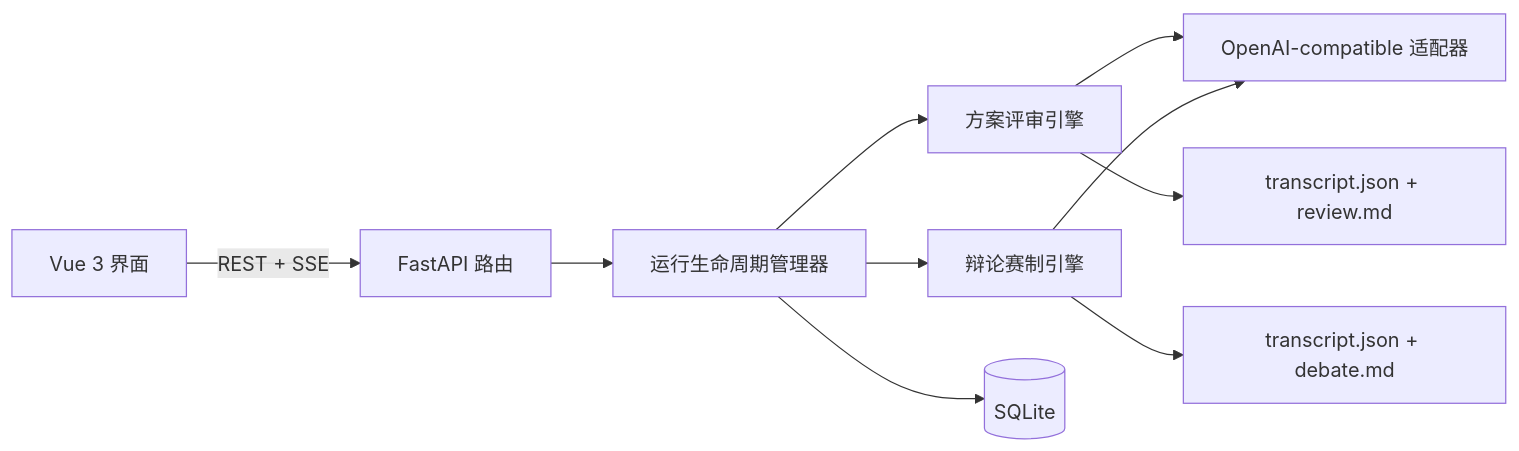
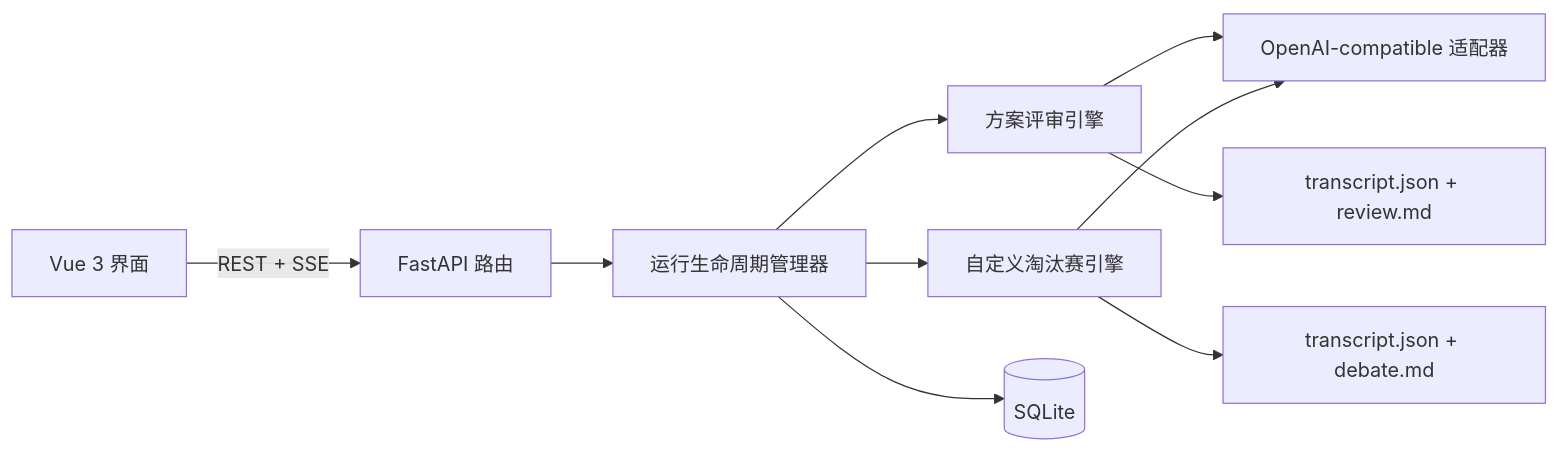
One commit to chenxy1021/agent-arena changed the diagram in README.zh-CN.md. Above: the diagram before and after it, drawn with Mermaid. The commit also changed other lines of this file and 19 other files, not shown here.

````diff
--- a/README.zh-CN.md
+++ b/README.zh-CN.md
@@ -126,12 +128,12 @@
 ```mermaid
 flowchart LR
     UI[Vue 3 界面] -->|REST + SSE| API[FastAPI 路由]
     API --> MANAGER[运行生命周期管理器]
     MANAGER --> REVIEW[方案评审引擎]
-    MANAGER --> DEBATE[辩论赛制引擎]
+    MANAGER --> DEBATE[自定义淘汰赛引擎]
     REVIEW --> PROVIDERS[OpenAI-compatible 适配器]
     DEBATE --> PROVIDERS
     MANAGER --> DB[(SQLite)]
     REVIEW --> REVIEWRUNS[transcript.json + review.md]
     DEBATE --> DEBATERUNS[transcript.json + debate.md]
 ```
````
